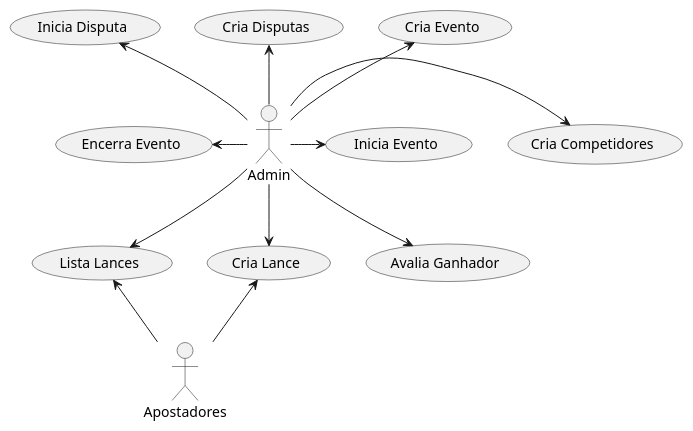
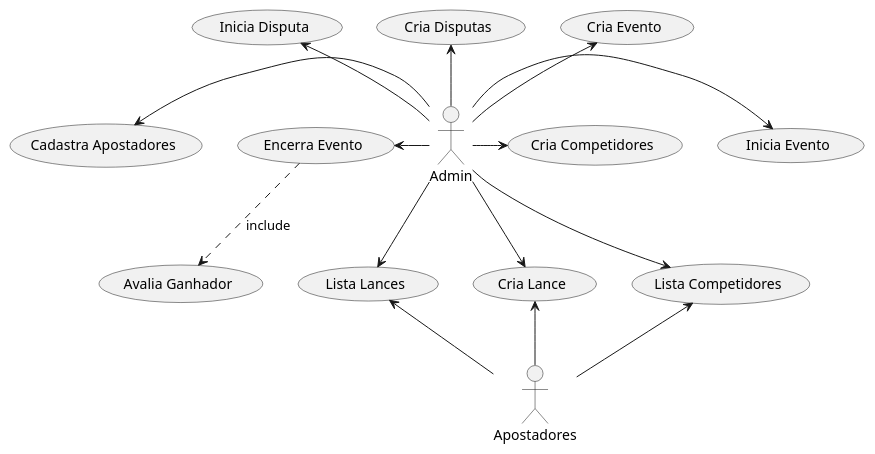
Before and after one commit to rafa-so/bet-familia-core: the diagram in doc/core-use-case.puml, drawn with PlantUML.

Commit message:
Ajuste final de use case

```diff
--- a/doc/core-use-case.puml
+++ b/doc/core-use-case.puml
@@ -1,18 +1,21 @@
 @startuml core-use-case
 
 :Admin:
 :Apostadores:
 
 :Admin: -up-> (Cria Evento)
 :Admin: -up-> (Cria Disputas)
 :Admin: -right-> (Cria Competidores)
 :Admin: -right-> (Inicia Evento)
 :Admin: -up-> (Inicia Disputa)
 :Admin: --> (Cria Lance)
 :Apostadores: -up-> (Cria Lance)
 :Admin: --> (Lista Lances)
 :Apostadores: -up-> (Lista Lances)
-:Admin: --> (Avalia Ganhador)
 :Admin: -left-> (Encerra Evento)
+(Encerra Evento) .down.> (Avalia Ganhador) : include
+:Admin: -down-> (Lista Competidores)
+:Apostadores: -up-> (Lista Competidores)
+:Admin: -left-> (Cadastra Apostadores)
 
 @enduml
```
